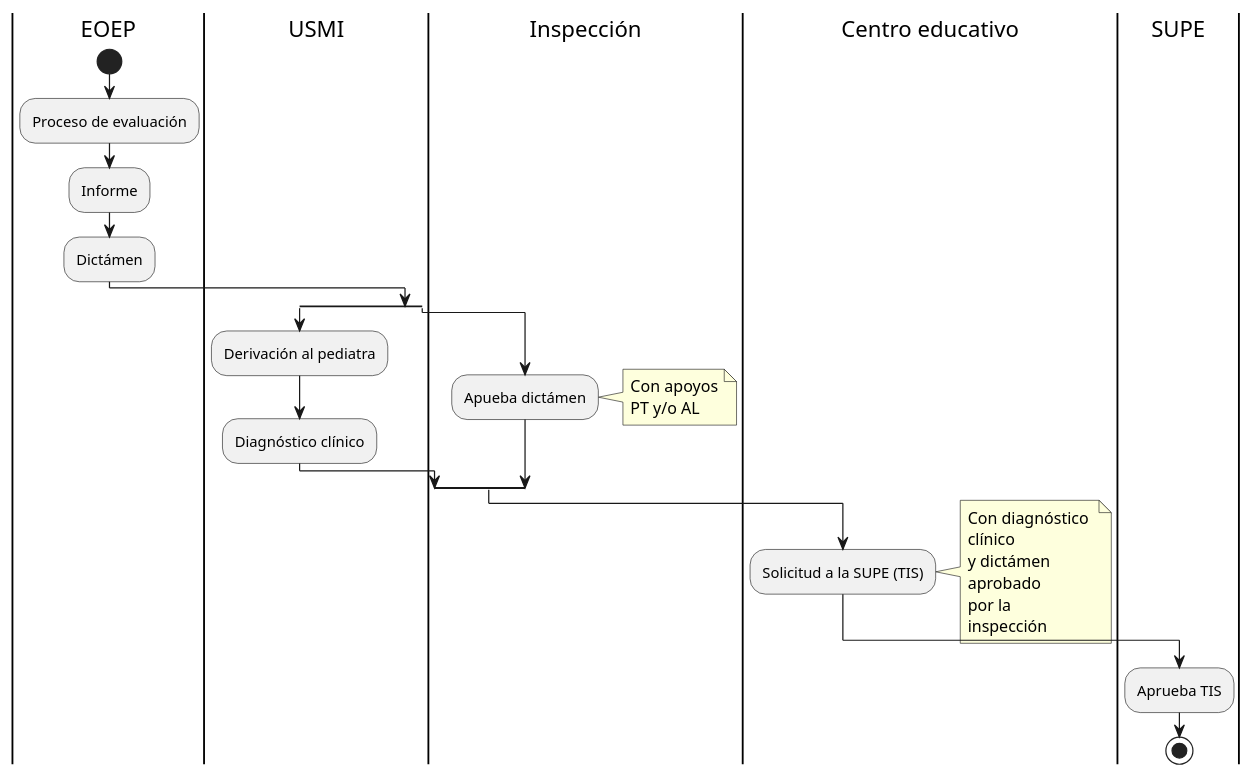
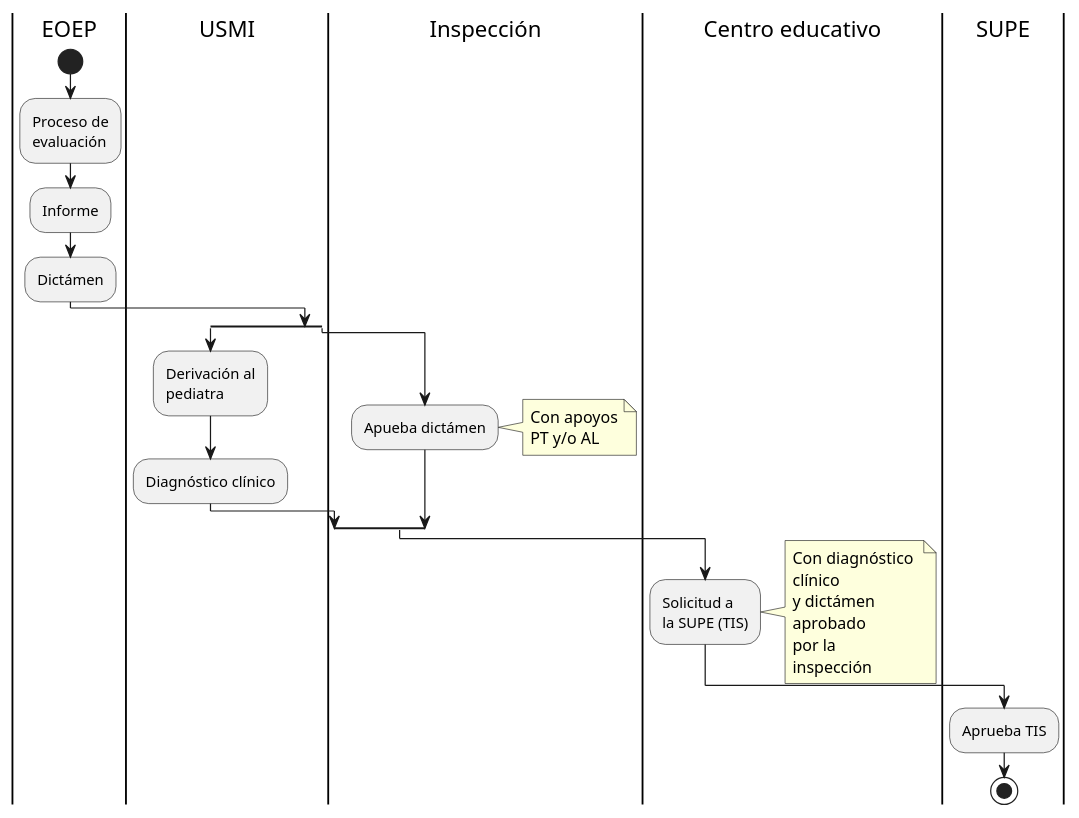
Before and after one commit to alvarogonzalezsotillo/charla-tis: the second of 3 diagrams in charla-tis.org, drawn with PlantUML. The commit also changed other lines of this file and 6 other files, not shown here.

```diff
--- a/charla-tis.org
+++ b/charla-tis.org
@@ -101,34 +101,37 @@
 #+BEGIN_SRC plantuml :file acnee-grave-conducta.png
 @startuml
 |EOEP|
 start
-:Proceso de evaluación;
+:Proceso de 
+evaluación;
 :Informe;
 :Dictámen;
 split
 |USMI|
-:Derivación al pediatra;
+:Derivación al 
+pediatra;
 :Diagnóstico clínico;
 split again
 |Inspección|
 :Apueba dictámen;
 note right
 Con apoyos
 PT y/o AL
 end note
 |Centro educativo|
 end split
-:Solicitud a la SUPE (TIS);
+:Solicitud a 
+la SUPE (TIS);
 note right
 Con diagnóstico 
 clínico 
 y dictámen 
 aprobado
 por la 
 inspección
 end note
 |SUPE|
 :Aprueba TIS;
 stop
 @enduml
 #+END_SRC
```
